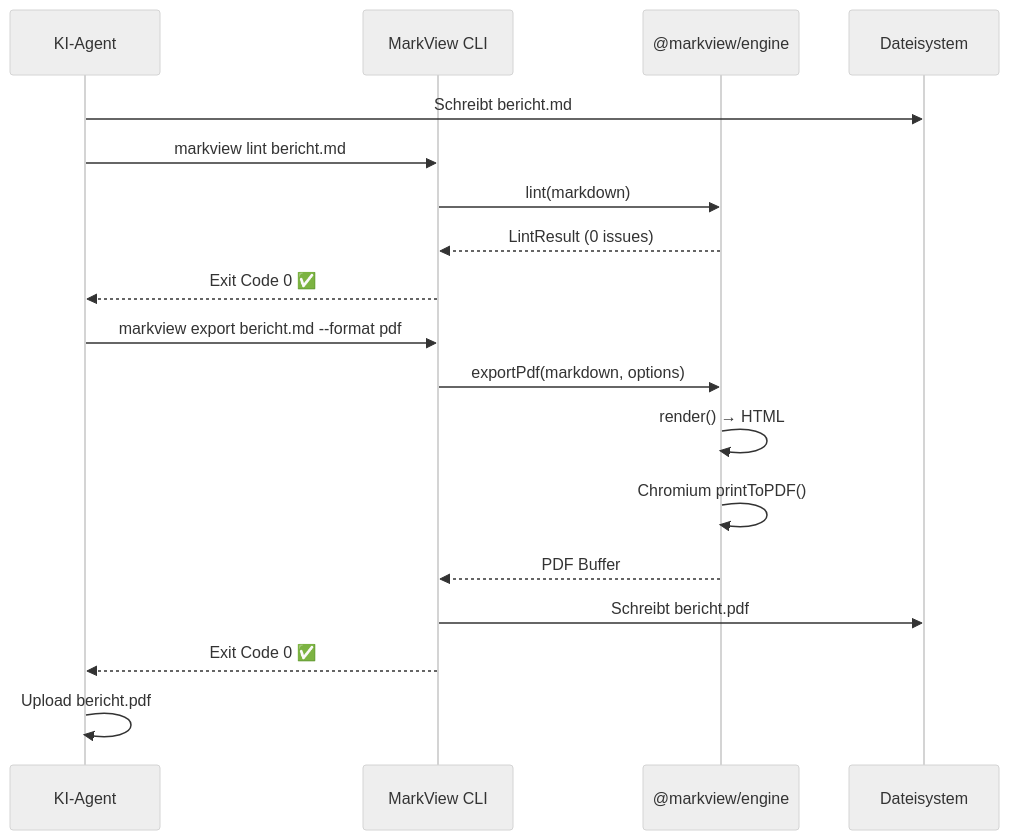
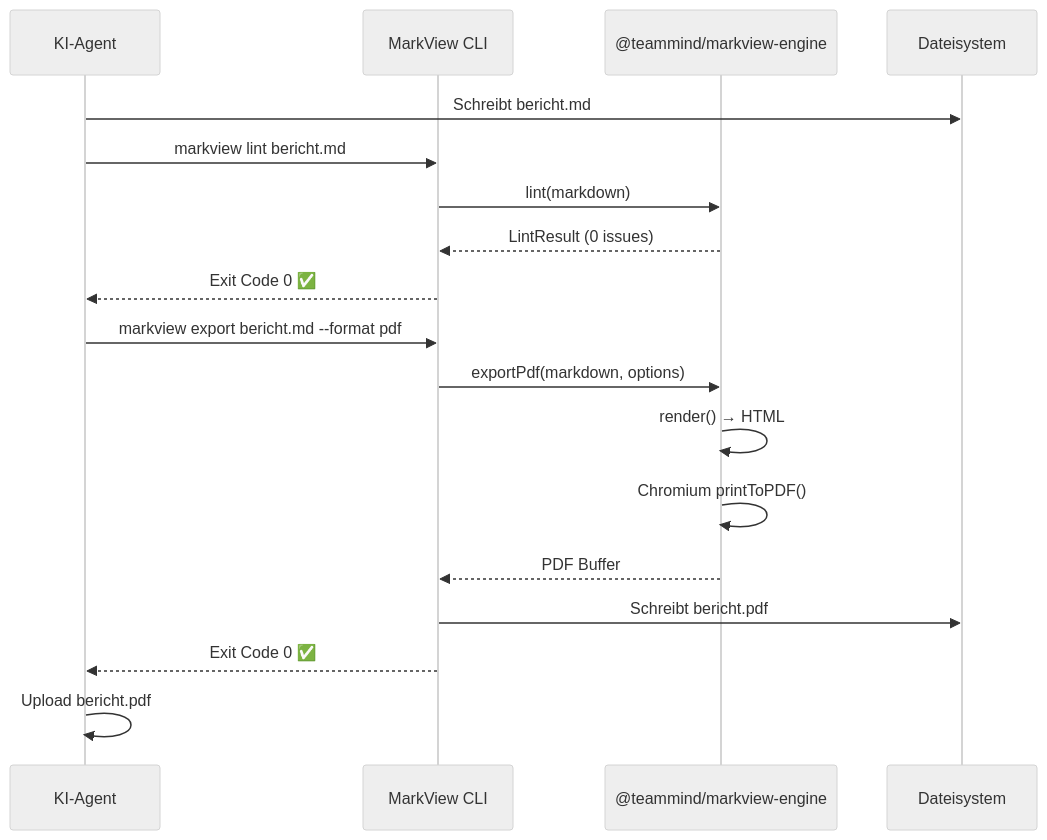
Before and after one commit to MrDewitt88/MarkView: the second of 10 diagrams in TEST_VIEWER.md, drawn with Mermaid (neutral theme). The commit also changed other lines of this file and 13 other files, not shown here.

````diff
--- a/TEST_VIEWER.md
+++ b/TEST_VIEWER.md
@@ -576,23 +587,23 @@
 ```mermaid
 sequenceDiagram
     participant Agent as KI-Agent
     participant CLI as MarkView CLI
-    participant Engine as @markview/engine
+    participant Engine as @teammind/markview-engine
     participant FS as Dateisystem
 
     Agent->>FS: Schreibt bericht.md
     Agent->>CLI: markview lint bericht.md
     CLI->>Engine: lint(markdown)
     Engine-->>CLI: LintResult (0 issues)
     CLI-->>Agent: Exit Code 0 ✅
 
     Agent->>CLI: markview export bericht.md --format pdf
     CLI->>Engine: exportPdf(markdown, options)
     Engine->>Engine: render() → HTML
     Engine->>Engine: Chromium printToPDF()
     Engine-->>CLI: PDF Buffer
     CLI->>FS: Schreibt bericht.pdf
     CLI-->>Agent: Exit Code 0 ✅
 
     Agent->>Agent: Upload bericht.pdf
 ```
````
